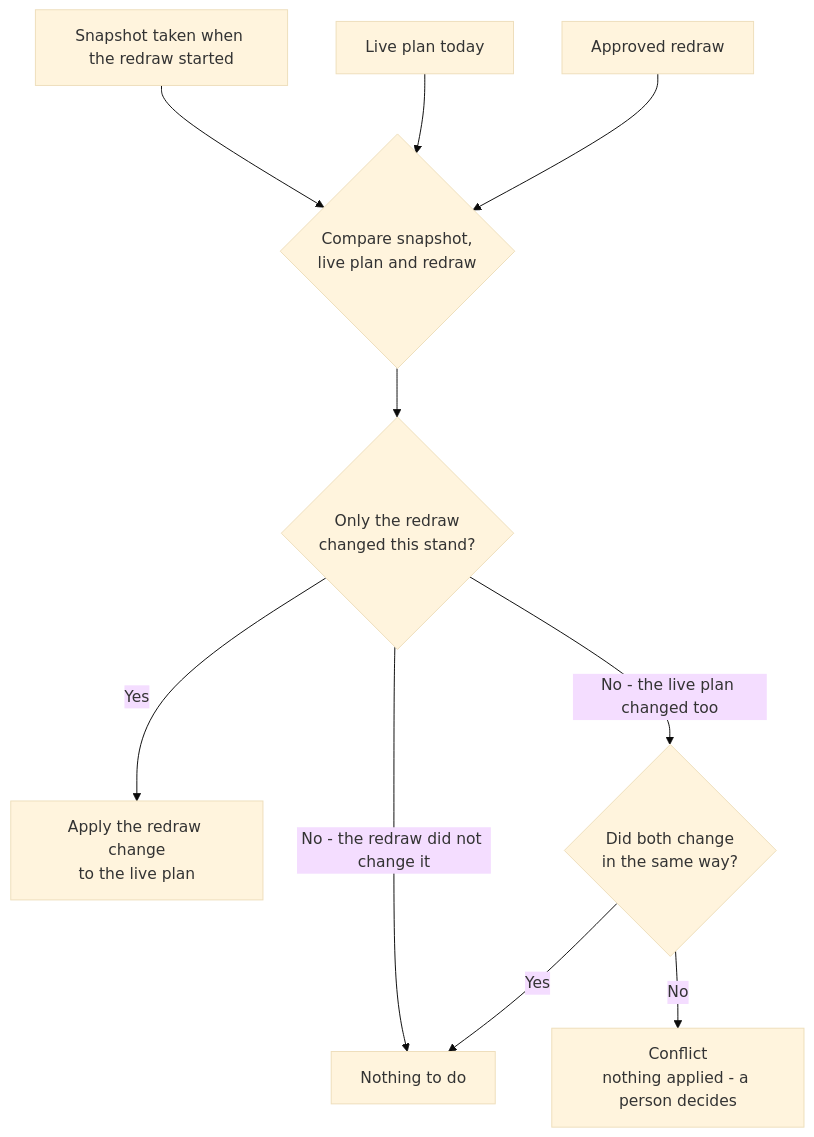
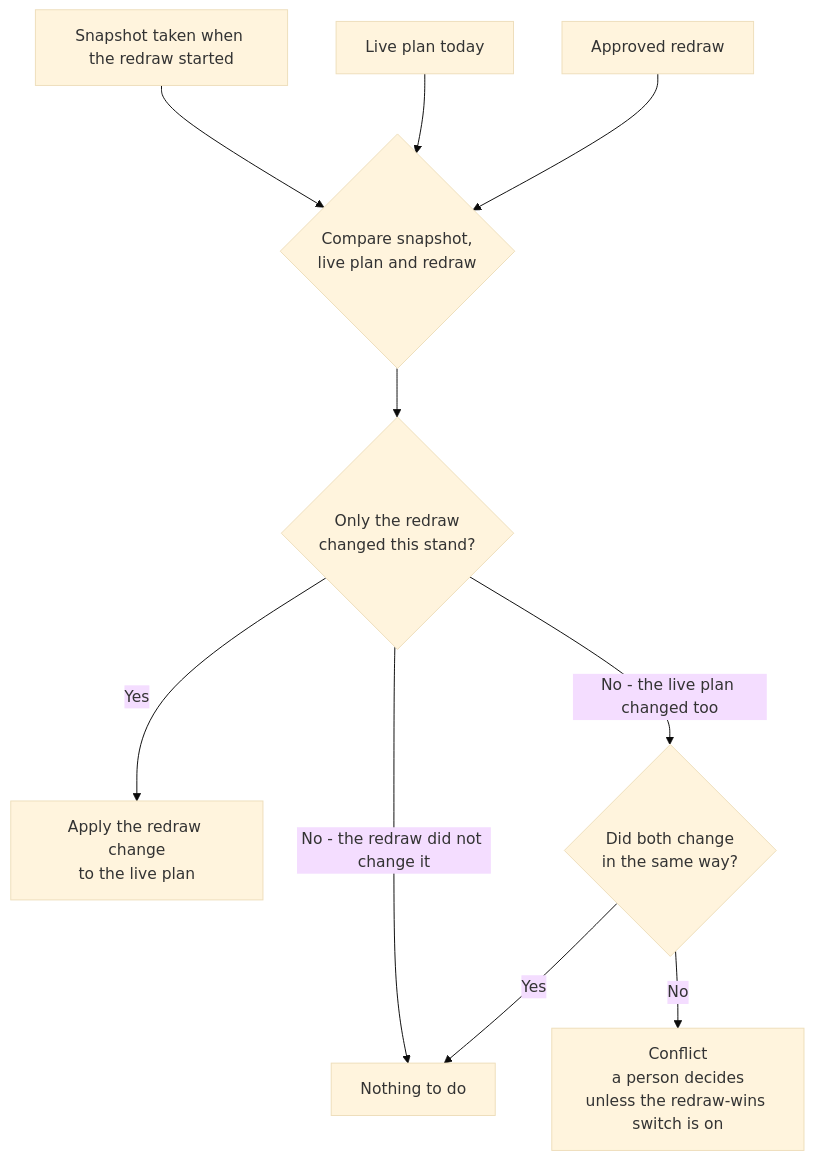
Before and after one commit to wknowles/revit-redraw: the second of 3 diagrams in BUSINESS_PROCESS.md, drawn with Mermaid (base theme). The commit also changed other lines of this file and 1 other file, not shown here.

First line of the commit message:
Refresh BUSINESS_PROCESS.md against the rebuilt merge graph

````diff
--- a/BUSINESS_PROCESS.md
+++ b/BUSINESS_PROCESS.md
@@ -93,15 +95,15 @@
 ```mermaid
 flowchart TD
     S["Snapshot taken when the redraw started"]
     L["Live plan today"]
     R["Approved redraw"]
     S --> C{"Compare snapshot,<br/>live plan and redraw"}
     L --> C
     R --> C
     C --> D{"Only the redraw<br/>changed this stand?"}
     D -->|Yes| E["Apply the redraw change<br/>to the live plan"]
     D -->|No - the live plan changed too| F{"Did both change<br/>in the same way?"}
     D -->|No - the redraw did not change it| G["Nothing to do"]
     F -->|Yes| G
-    F -->|No| H["Conflict<br/>nothing applied - a person decides"]
+    F -->|No| H["Conflict<br/>a person decides<br/>unless the redraw-wins switch is on"]
 ```
````
